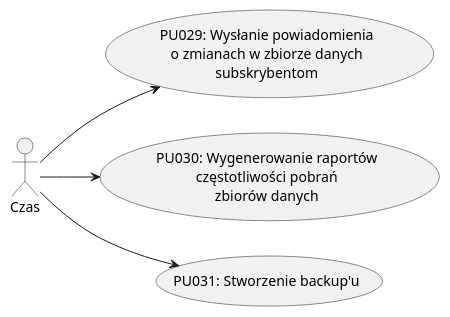
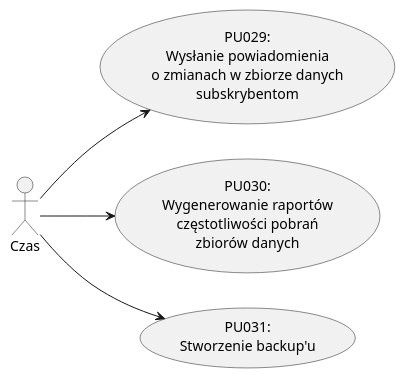
The diagram in 4. Diagramy Przypadkow/Czas.puml (kokolodziejska/IWO), drawn with PlantUML before and after one commit. The commit also changed 6 other files, not shown here.

```diff
--- a/4. Diagramy Przypadkow/Czas.puml
+++ b/4. Diagramy Przypadkow/Czas.puml
@@ -1,14 +1,14 @@
 @startuml Czas
 left to right direction
 
 actor "Czas" as Time
 
-usecase "PU029: Wysłanie powiadomienia\no zmianach w zbiorze danych\nsubskrybentom" as PU029
-usecase "PU030: Wygenerowanie raportów\nczęstotliwości pobrań\nzbiorów danych" as PU030
-usecase "PU031: Stworzenie backup'u" as PU031
+usecase "PU029:\nWysłanie powiadomienia\no zmianach w zbiorze danych\nsubskrybentom" as PU029
+usecase "PU030:\nWygenerowanie raportów\nczęstotliwości pobrań\nzbiorów danych" as PU030
+usecase "PU031:\nStworzenie backup'u" as PU031
 
 Time --> PU029
 Time --> PU030
 Time --> PU031
 
 @enduml
```
